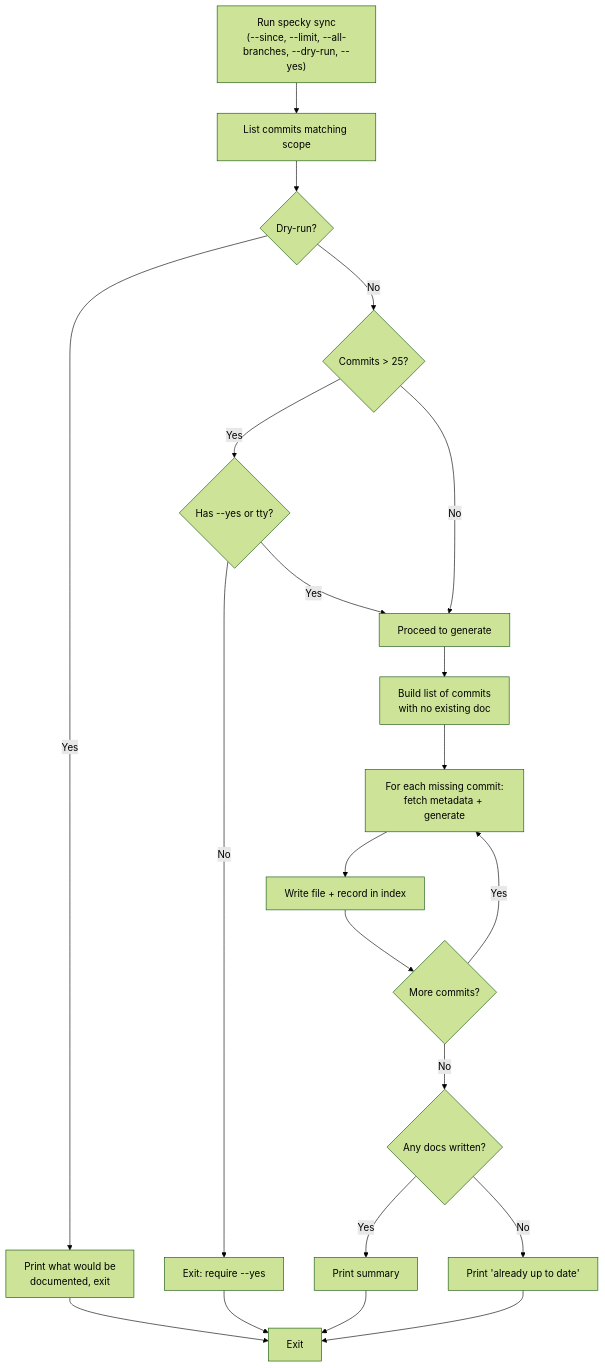
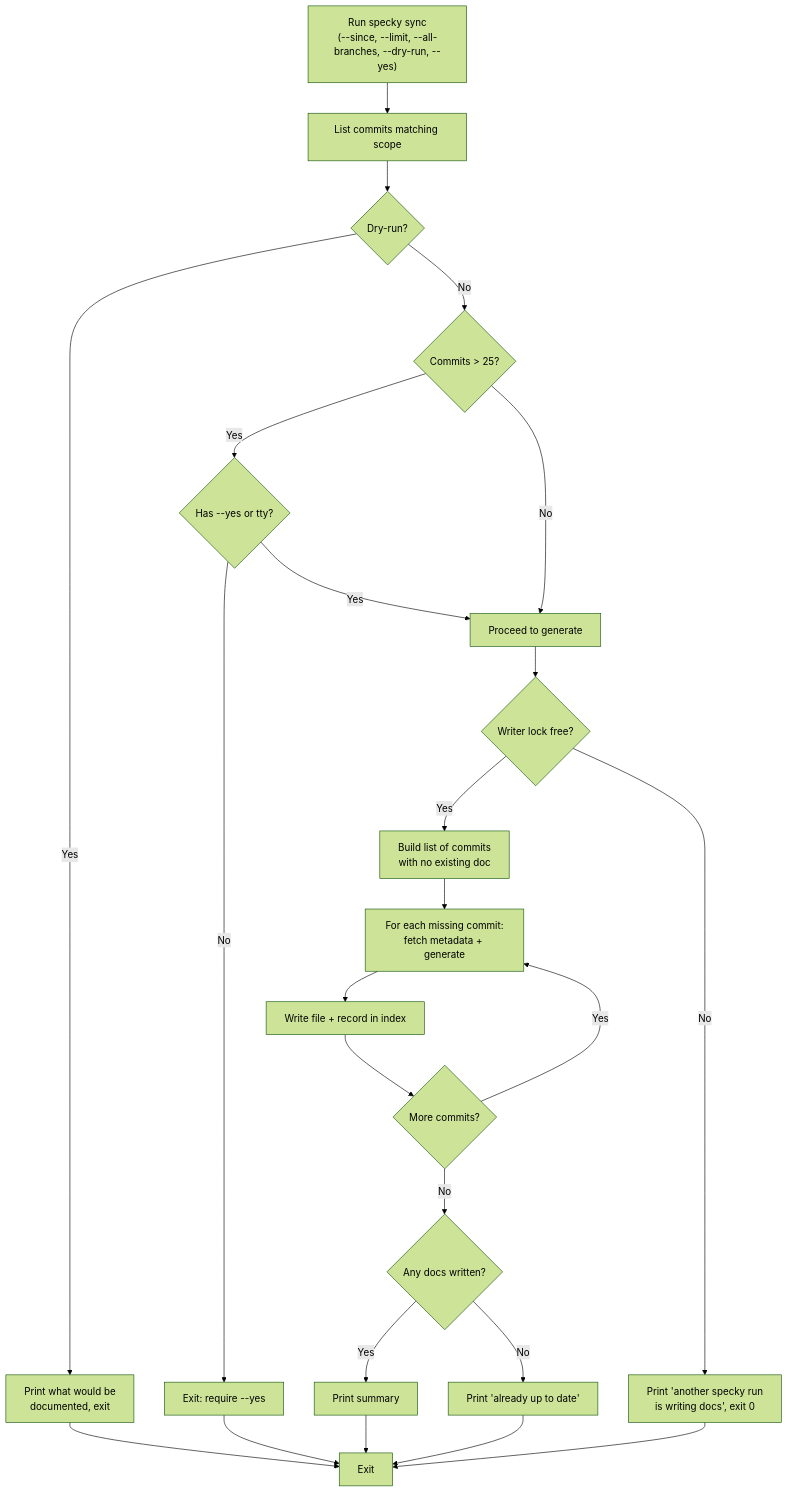
One commit to danyyacoub/specky changed the diagram in specs/cli/sync.md. Above: the diagram before and after it, drawn with Mermaid (forest theme). The commit also changed other lines of this file and 28 other files, not shown here.

````diff
--- a/specs/cli/sync.md
+++ b/specs/cli/sync.md
@@ -22,23 +27,26 @@
 ```mermaid
 flowchart TD
     A["Run specky sync<br/>(--since, --limit, --all-branches, --dry-run, --yes)"] --> B["List commits matching scope"]
     B --> C{"Dry-run?"}
     C -->|Yes| D["Print what would be<br/>documented, exit"]
     C -->|No| E{"Commits > 25?"}
     E -->|Yes| F{"Has --yes or tty?"}
     F -->|No| G["Exit: require --yes"]
     F -->|Yes| H["Proceed to generate"]
     E -->|No| H
-    H --> I["Build list of commits<br/>with no existing doc"]
+    H --> Q{"Writer lock free?"}
+    Q -->|No| R["Print 'another specky run<br/>is writing docs', exit 0"]
+    Q -->|Yes| I["Build list of commits<br/>with no existing doc"]
     I --> J["For each missing commit:<br/>fetch metadata + generate"]
     J --> K["Write file + record in index"]
     K --> L{"More commits?"}
     L -->|Yes| J
     L -->|No| M{"Any docs written?"}
     M -->|Yes| N["Print summary"]
     M -->|No| O["Print 'already up to date'"]
     D --> P["Exit"]
     G --> P
     N --> P
     O --> P
+    R --> P
 ```
````
